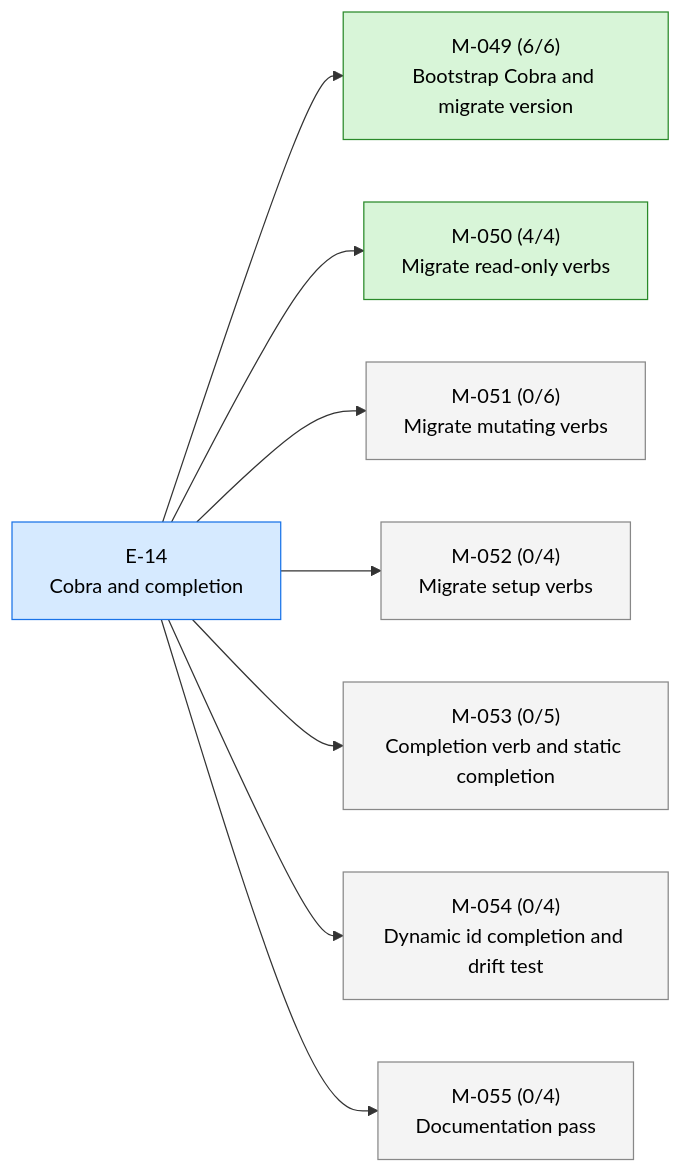
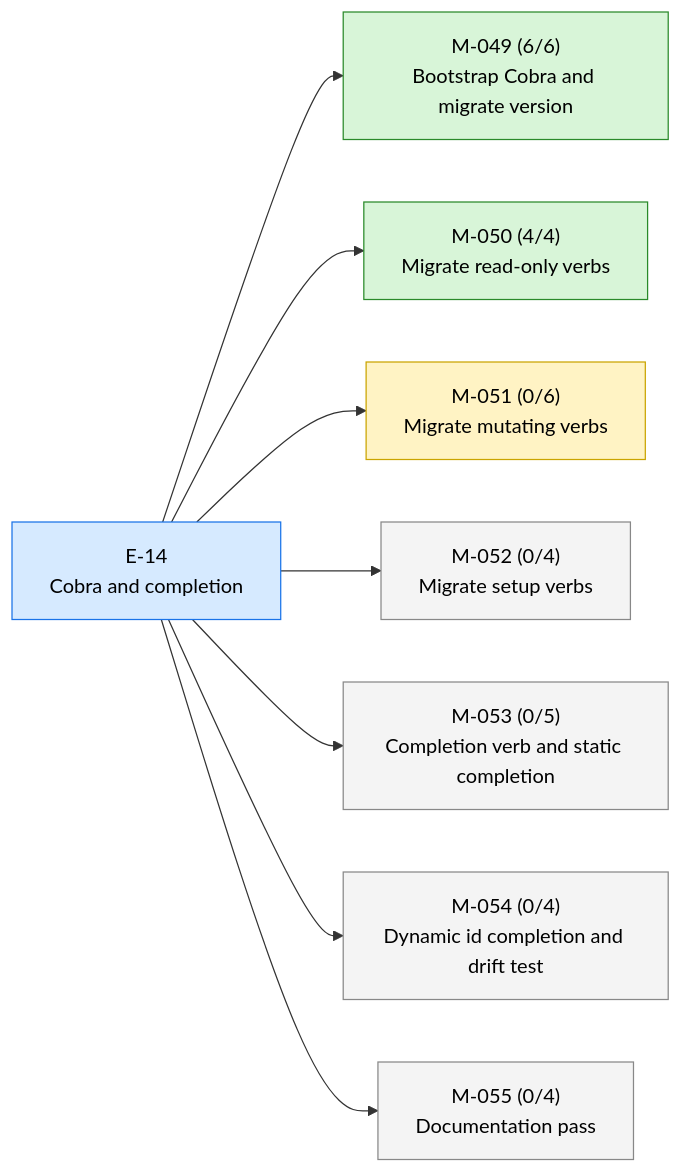
The first of 2 diagrams in STATUS.md (23min/aiwf), drawn with Mermaid before and after one commit. The commit also changed other lines of this file and 1 other file, not shown here.

First line of the commit message:
aiwf promote M-051 draft -> in_progress

````diff
--- a/STATUS.md
+++ b/STATUS.md
@@ -17,24 +17,24 @@
 ```mermaid
 flowchart LR
   E_14["E-14<br/>Cobra and completion"]:::epic_active
   M_049["M-049 (6/6)<br/>Bootstrap Cobra and migrate version"]:::ms_done
   E_14 --> M_049
   M_050["M-050 (4/4)<br/>Migrate read-only verbs"]:::ms_done
   E_14 --> M_050
-  M_051["M-051 (0/6)<br/>Migrate mutating verbs"]:::ms_draft
+  M_051["M-051 (0/6)<br/>Migrate mutating verbs"]:::ms_in_progress
   E_14 --> M_051
   M_052["M-052 (0/4)<br/>Migrate setup verbs"]:::ms_draft
   E_14 --> M_052
   M_053["M-053 (0/5)<br/>Completion verb and static completion"]:::ms_draft
   E_14 --> M_053
   M_054["M-054 (0/4)<br/>Dynamic id completion and drift test"]:::ms_draft
   E_14 --> M_054
   M_055["M-055 (0/4)<br/>Documentation pass"]:::ms_draft
   E_14 --> M_055
   classDef epic_active fill:#d6eaff,stroke:#1a73e8,color:#000
   classDef epic_proposed fill:#f4f4f4,stroke:#888,color:#000
   classDef ms_done fill:#d8f5d8,stroke:#2a8a2a,color:#000
   classDef ms_in_progress fill:#fff3c4,stroke:#caa400,color:#000
   classDef ms_draft fill:#f4f4f4,stroke:#888,color:#000
   classDef ms_cancelled fill:#fbeaea,stroke:#c33,color:#000
 ```
````
